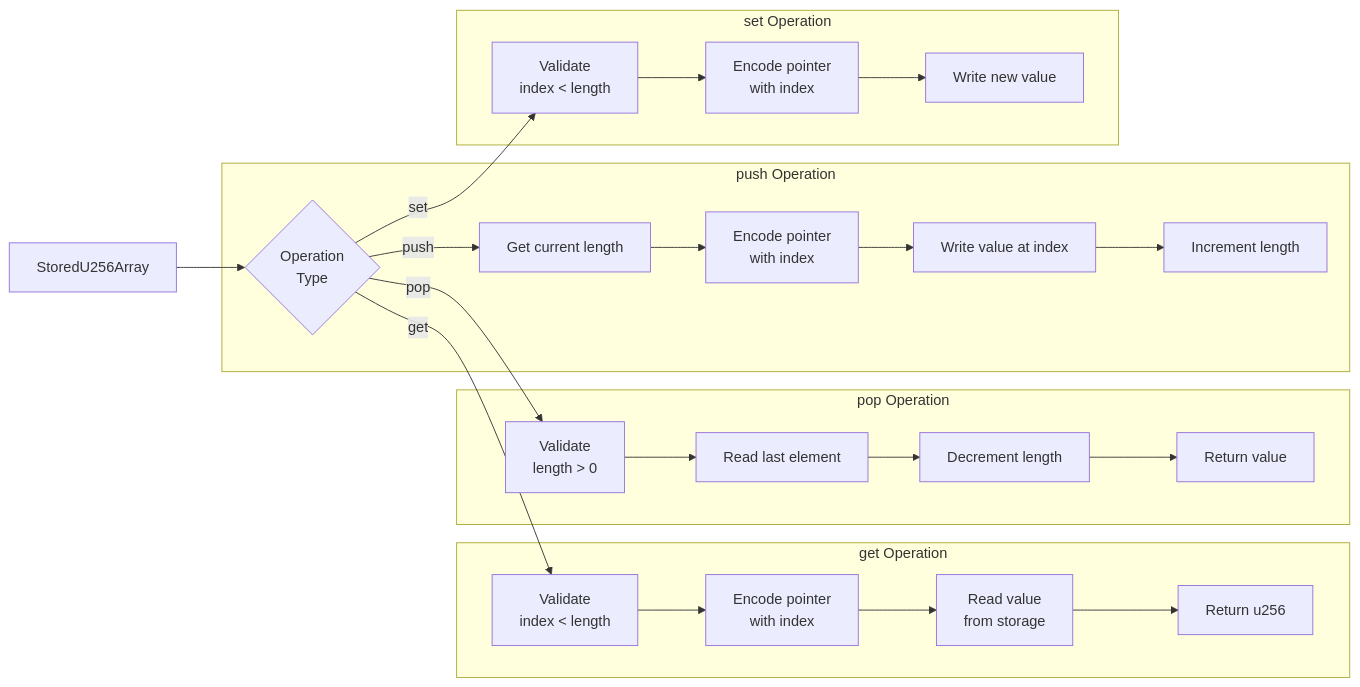
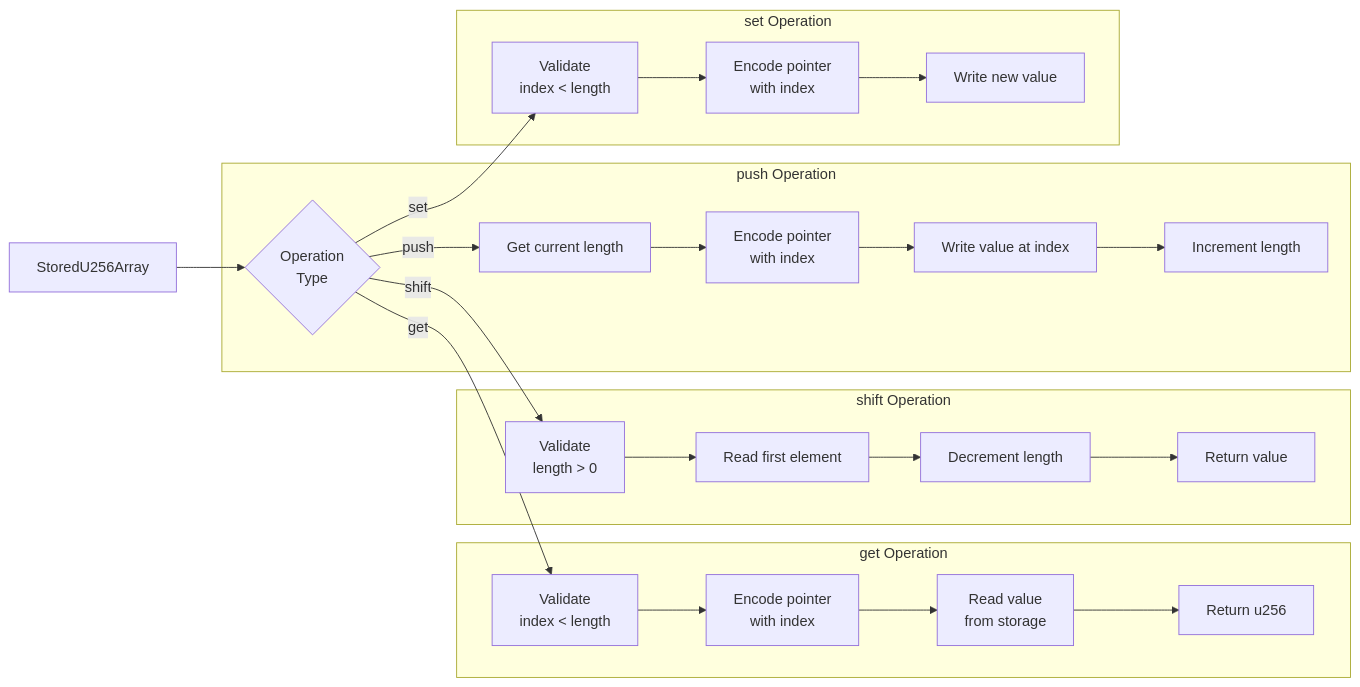
Before and after one commit to btc-vision/btc-runtime: the fourth of 8 diagrams in docs/api-reference/storage.md, drawn with Mermaid. The commit also changed other lines of this file and 30 other files, not shown here.

````diff
--- a/docs/api-reference/storage.md
+++ b/docs/api-reference/storage.md
@@ -350,31 +390,31 @@
 ```mermaid
 flowchart LR
     A[StoredU256Array] --> B{Operation<br/>Type}
 
     subgraph "push Operation"
         B -->|push| C[Get current length]
         C --> D[Encode pointer<br/>with index]
         D --> E[Write value at index]
         E --> F[Increment length]
     end
 
     subgraph "get Operation"
         B -->|get| G[Validate<br/>index < length]
         G --> H[Encode pointer<br/>with index]
         H --> I[Read value<br/>from storage]
         I --> J[Return u256]
     end
 
-    subgraph "pop Operation"
-        B -->|pop| K[Validate<br/>length > 0]
-        K --> L[Read last element]
+    subgraph "shift Operation"
+        B -->|shift| K[Validate<br/>length > 0]
+        K --> L[Read first element]
         L --> M[Decrement length]
         M --> N[Return value]
     end
 
     subgraph "set Operation"
         B -->|set| O[Validate<br/>index < length]
         O --> P[Encode pointer<br/>with index]
         P --> Q[Write new value]
     end
 ```
````
